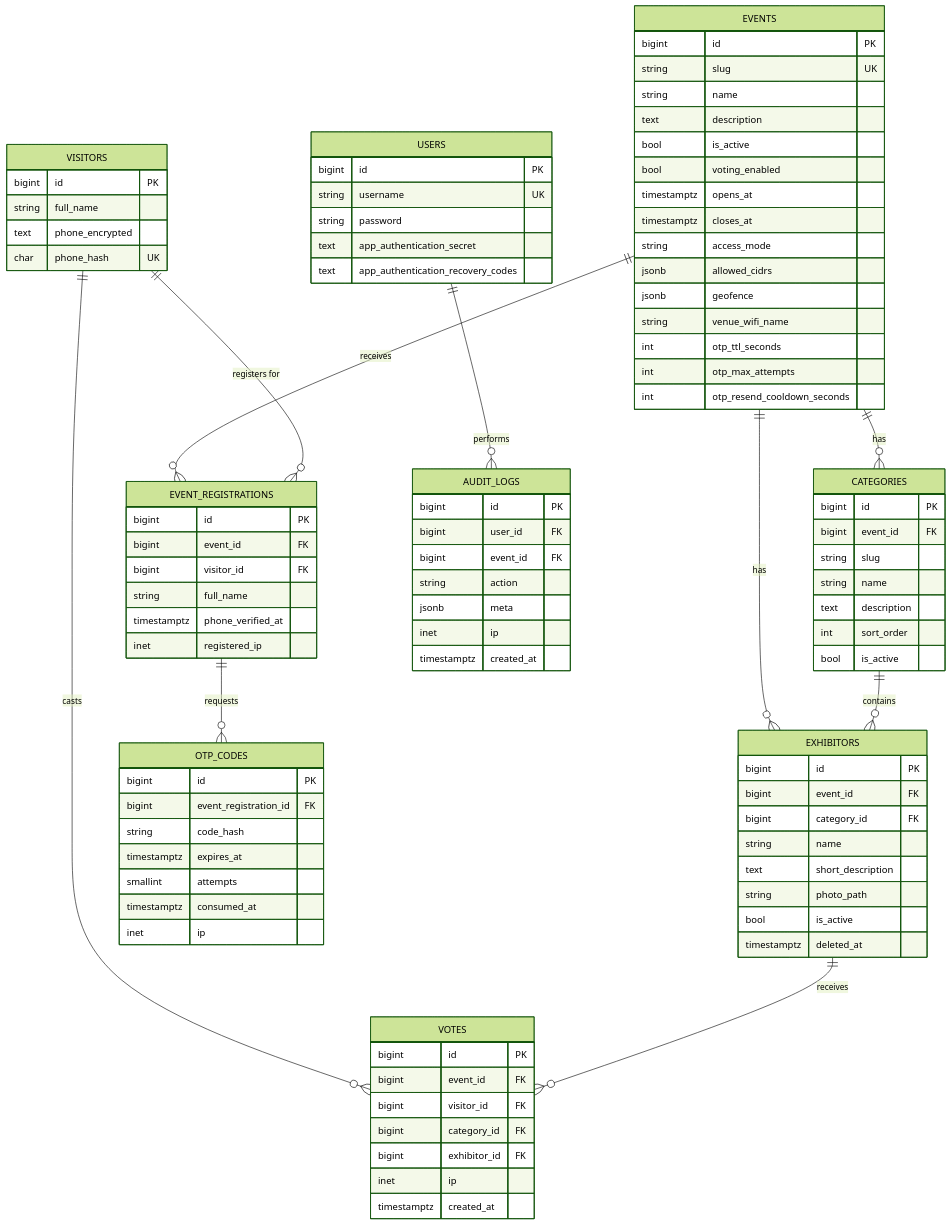
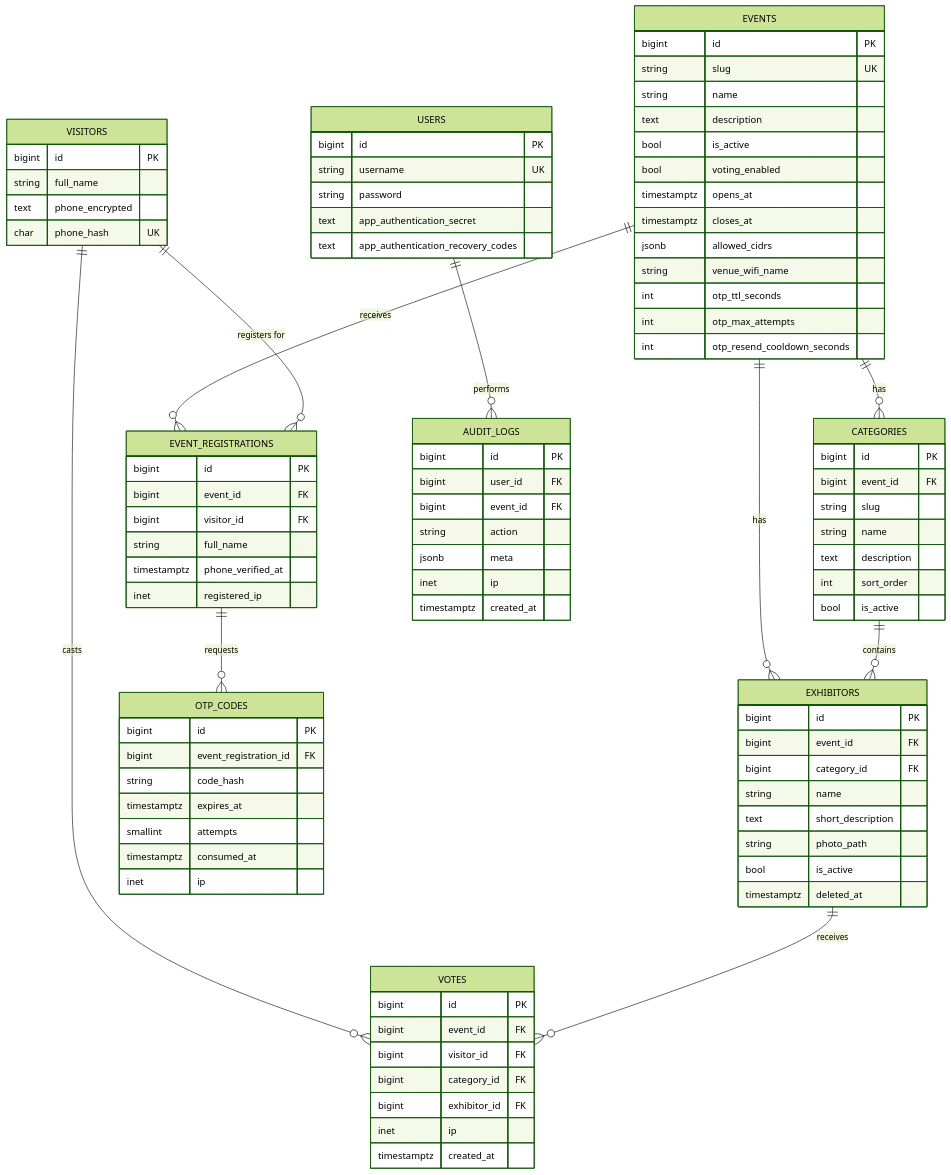
One commit to opadasaleh/mc2026-voting changed the diagram in docs/02-erd.md. Above: the diagram before and after it, drawn with Mermaid (forest theme). The commit also changed other lines of this file and 23 other files, not shown here.

```diff
--- a/docs/02-erd.md
+++ b/docs/02-erd.md
@@ -39,9 +39,7 @@
         bool voting_enabled
         timestamptz opens_at
         timestamptz closes_at
-        string access_mode
         jsonb allowed_cidrs
-        jsonb geofence
         string venue_wifi_name
         int otp_ttl_seconds
         int otp_max_attempts
```
